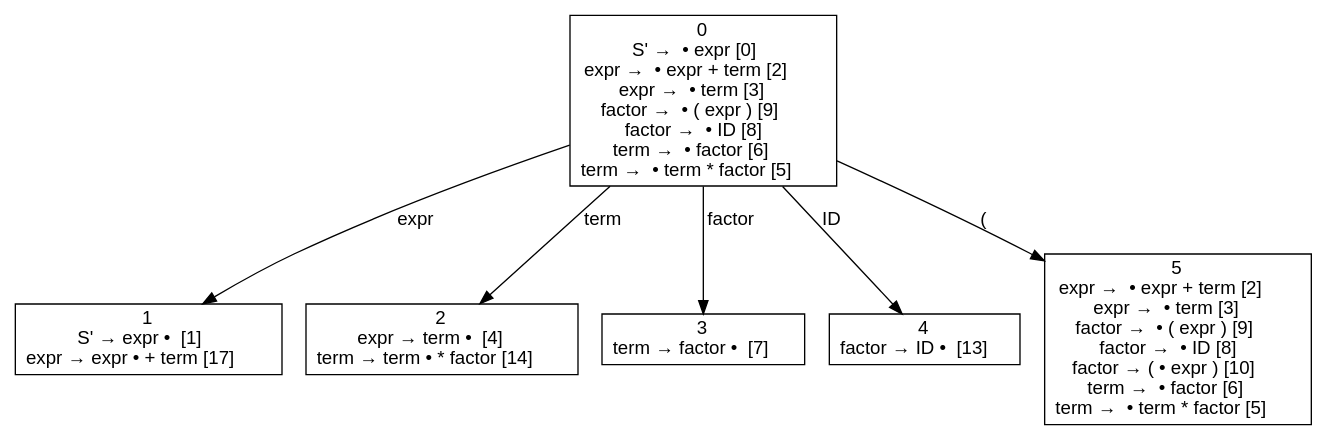
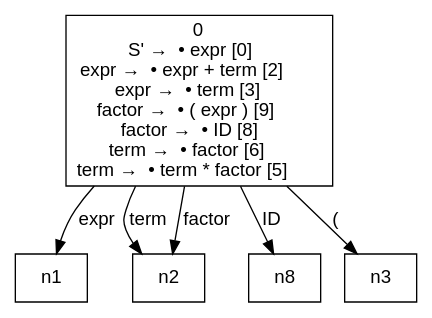
One commit to dragonsarebest/Compiler changed the diagram in PleaseWork/PleaseWork/g7.txt.dfa.dot. Above: the diagram before and after it, drawn with Graphviz. The commit also changed 35 other files, not shown here.

```diff
--- a/PleaseWork/PleaseWork/g7.txt.dfa.dot
+++ b/PleaseWork/PleaseWork/g7.txt.dfa.dot
@@ -1,15 +1,10 @@
 digraph d{
 node [fontname=Helvetica,shape=box];
 edge [fontname=Helvetica];
 n0 [label=<0<br />S' →  • expr [0]<br />expr →  • expr + term [2]<br />expr →  • term [3]<br />factor →  • ( expr ) [9]<br />factor →  • ID [8]<br />term →  • factor [6]<br />term →  • term * factor [5]>];
-n1 [label=<1<br />S' → expr •  [1]<br />expr → expr • + term [17]>];
-n2 [label=<2<br />expr → term •  [4]<br />term → term • * factor [14]>];
-n3 [label=<3<br />term → factor •  [7]>];
-n4 [label=<4<br />factor → ID •  [13]>];
-n5 [label=<5<br />expr →  • expr + term [2]<br />expr →  • term [3]<br />factor →  • ( expr ) [9]<br />factor →  • ID [8]<br />factor → ( • expr ) [10]<br />term →  • factor [6]<br />term →  • term * factor [5]>];
 n0 -> n1 [label="expr"];
 n0 -> n2 [label="term"];
-n0 -> n3 [label="factor"];
-n0 -> n4 [label="ID"];
-n0 -> n5 [label="("];
+n0 -> n2 [label="factor"];
+n0 -> n8 [label="ID"];
+n0 -> n3 [label="("];
 }
```
